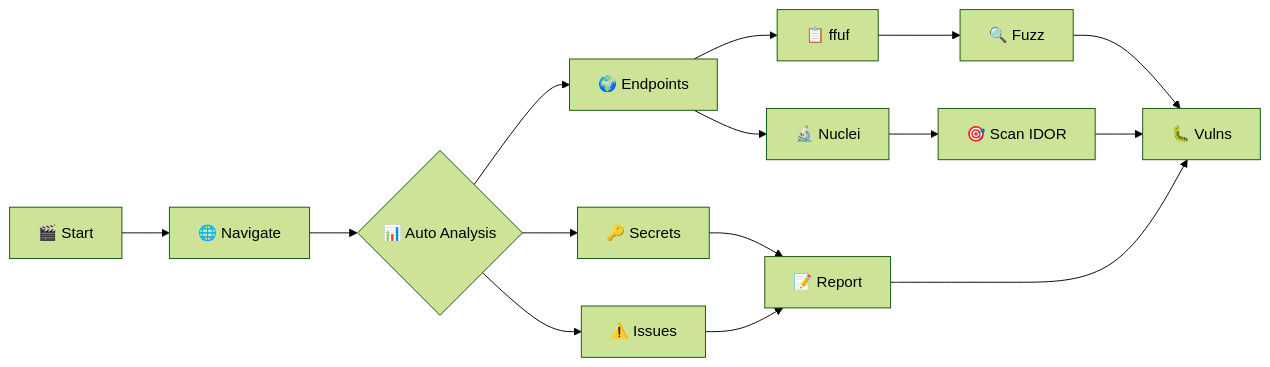
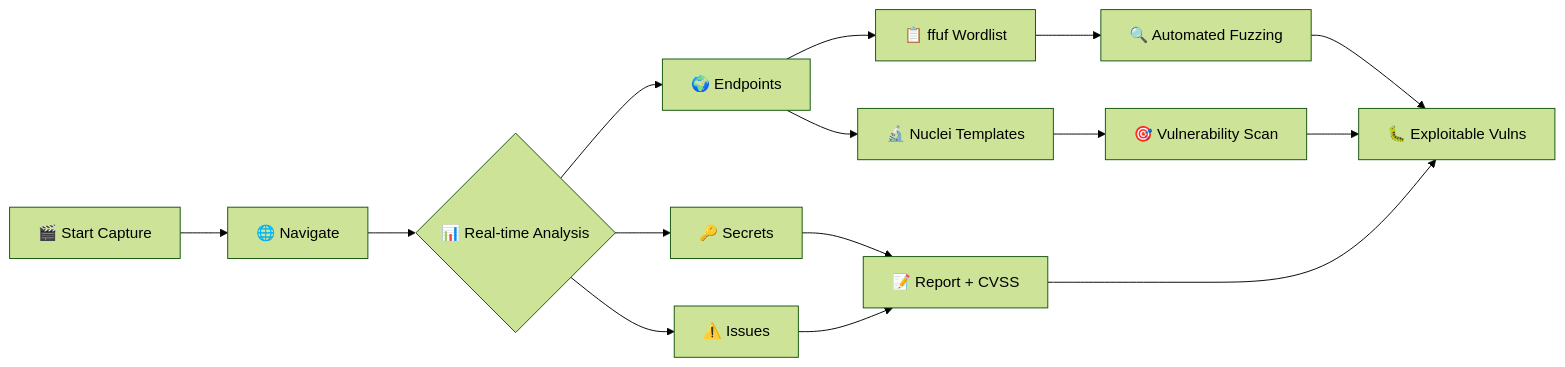
Before and after one commit to venantvr-security/firefox-autohar-extension: the third of 4 diagrams in README.md, drawn with Mermaid (forest theme). The commit also changed other lines of this file and 2 other files, not shown here.

````diff
--- a/README.md
+++ b/README.md
@@ -215,21 +313,21 @@
 ```mermaid
 flowchart LR
-    A[🎬 Start] --> B[🌐 Navigate]
-    B --> C{📊 Auto Analysis}
+    A[🎬 Start Capture] --> B[🌐 Navigate]
+    B --> C{📊 Real-time Analysis}
 
     C --> D[🔑 Secrets]
     C --> E[🌍 Endpoints]
     C --> F[⚠️ Issues]
 
-    D --> G[📝 Report]
-    E --> H[📋 ffuf]
-    E --> I[🔬 Nuclei]
+    D --> G[📝 Report + CVSS]
+    E --> H[📋 ffuf Wordlist]
+    E --> I[🔬 Nuclei Templates]
     F --> G
 
-    H --> J[🔍 Fuzz]
-    I --> K[🎯 Scan IDOR]
+    H --> J[🔍 Automated Fuzzing]
+    I --> K[🎯 Vulnerability Scan]
 
-    J --> L[🐛 Vulns]
+    J --> L[🐛 Exploitable Vulns]
     K --> L
     G --> L
 ```
````
